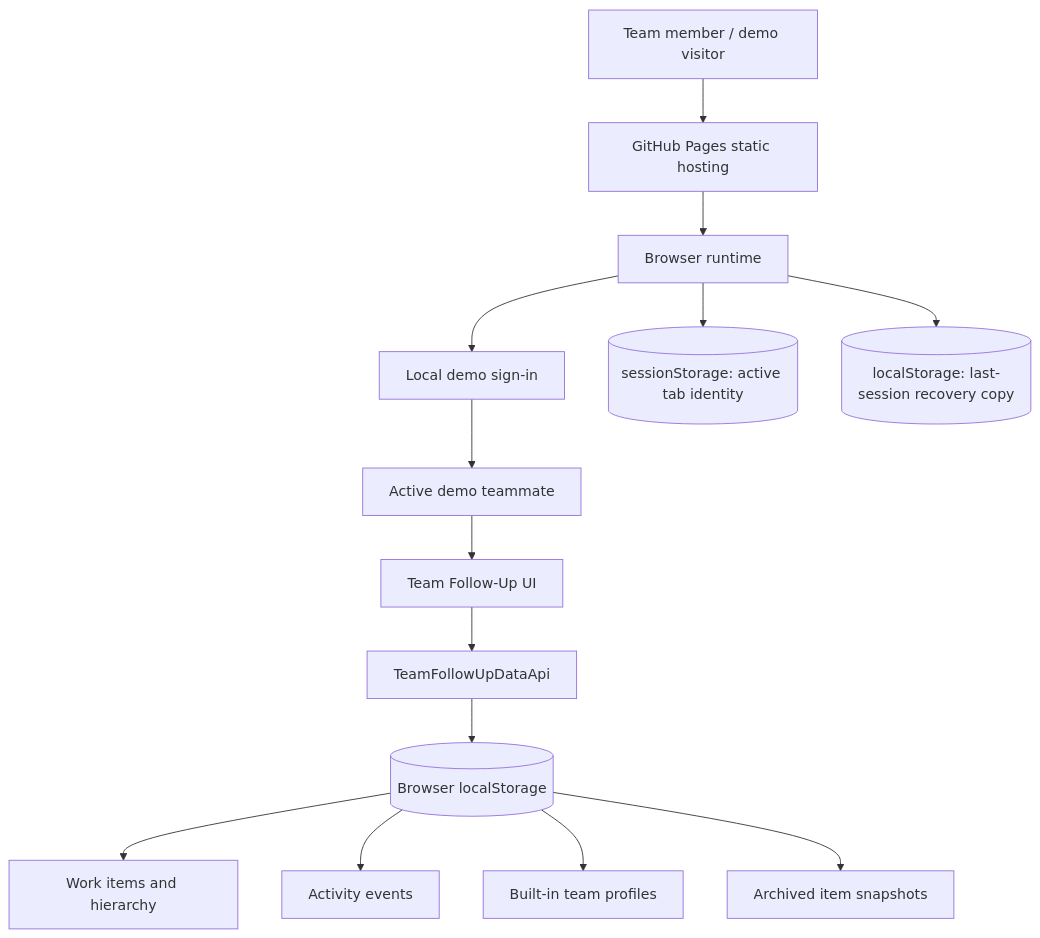
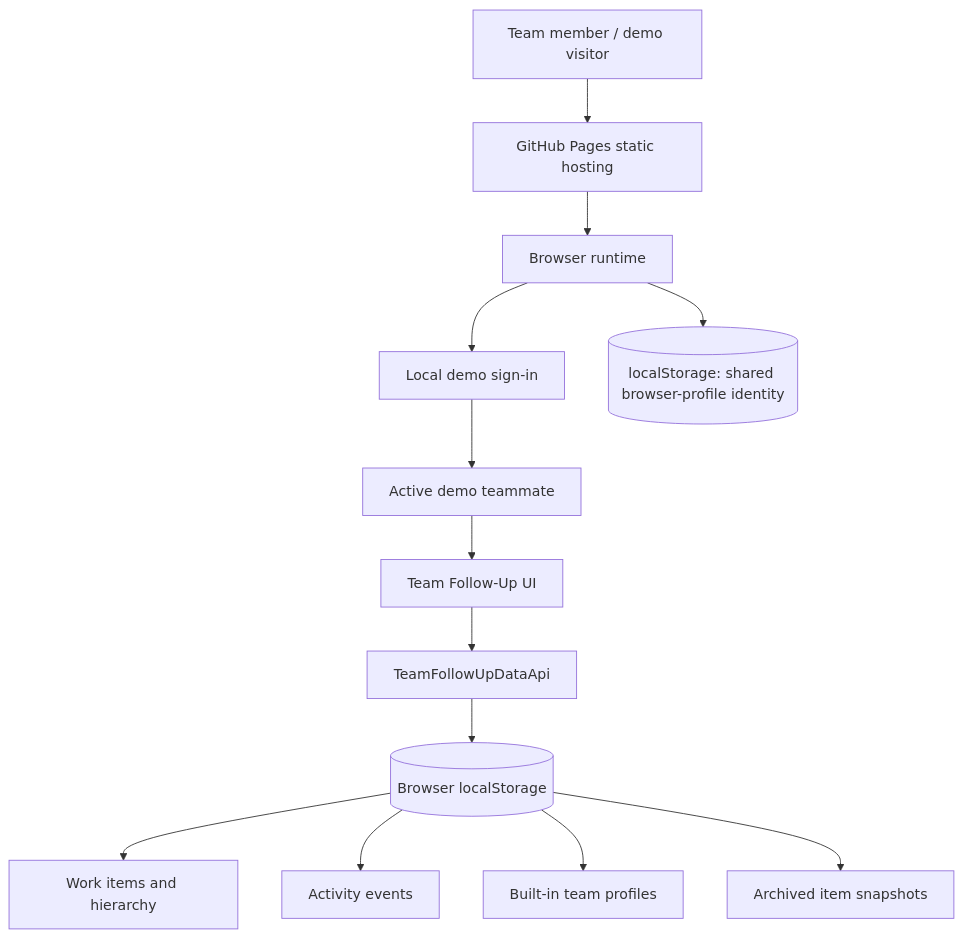
The first of 2 diagrams in docs/ARCHITECTURE.md (retzed/Team_Follow-Up), drawn with Mermaid before and after one commit. The commit also changed other lines of this file, not shown here.

Commit message:
Document browser-wide demo session behavior

````diff
--- a/docs/ARCHITECTURE.md
+++ b/docs/ARCHITECTURE.md
@@ -11,16 +11,15 @@
 ```mermaid
 flowchart TD
     Visitor[Team member / demo visitor] --> Pages[GitHub Pages static hosting]
     Pages --> Browser[Browser runtime]
     Browser --> SignIn[Local demo sign-in]
     SignIn --> Context[Active demo teammate]
     Context --> UI[Team Follow-Up UI]
     UI --> Adapter[TeamFollowUpDataApi]
     Adapter --> LocalStore[(Browser localStorage)]
-    Browser --> Session[(sessionStorage: active tab identity)]
-    Browser --> Recovery[(localStorage: last-session recovery copy)]
+    Browser --> BrowserSession[(localStorage: shared browser-profile identity)]
     LocalStore --> Items[Work items and hierarchy]
     LocalStore --> Activity[Activity events]
     LocalStore --> Profiles[Built-in team profiles]
     LocalStore --> Archive[Archived item snapshots]
 ```
````
